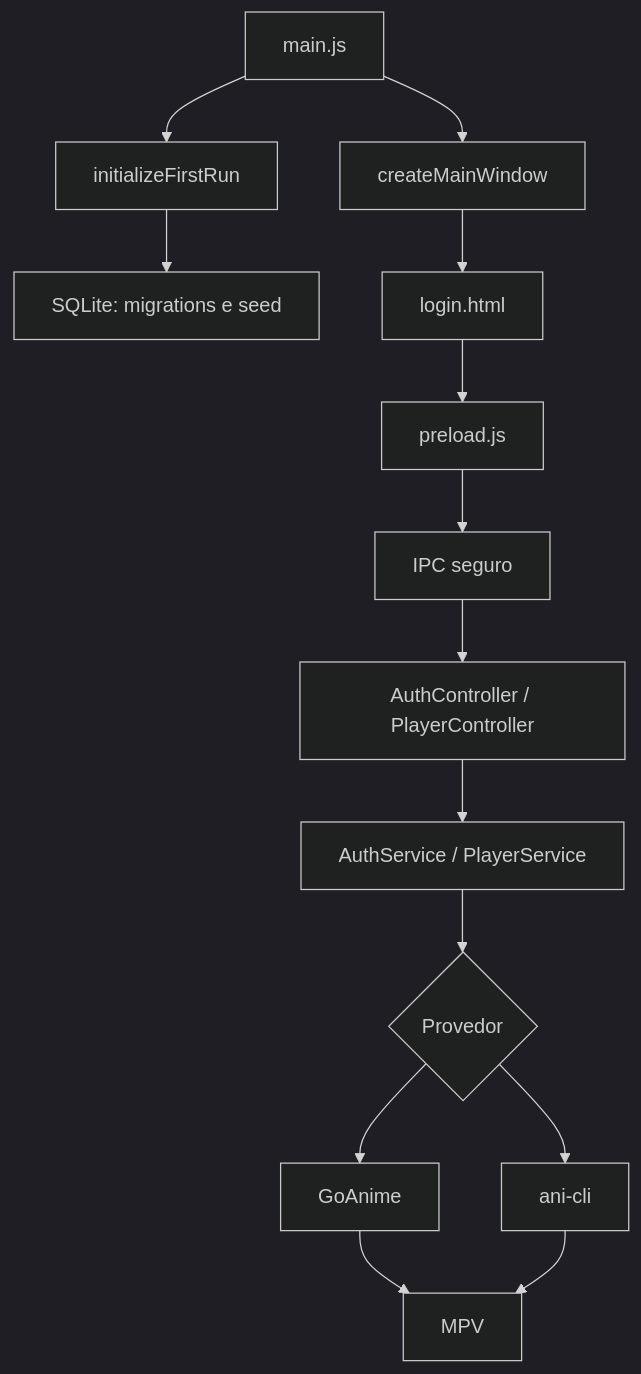
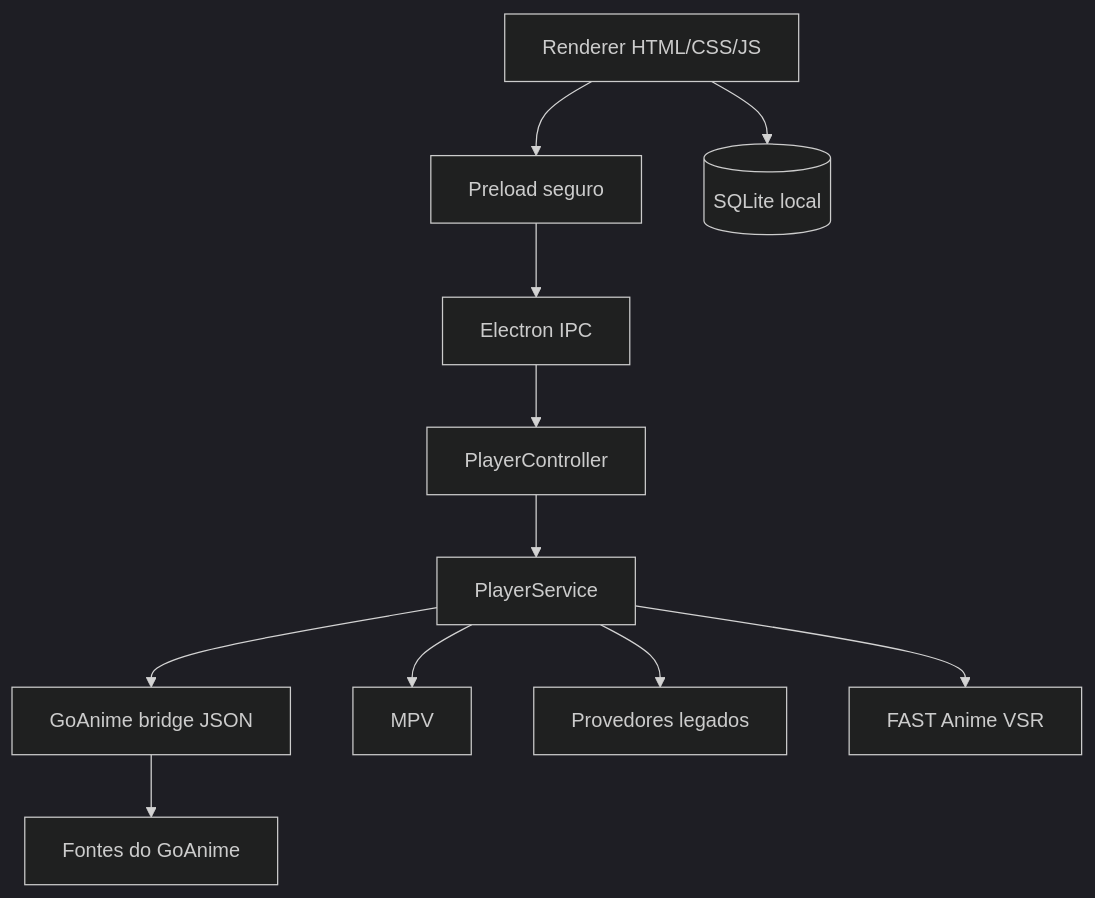
Before and after one commit to RaphaelTW/kitsuneDesk: the diagram in README.md, drawn with Mermaid (dark theme). The commit also changed other lines of this file and 21 other files, not shown here.

Commit message:
feat: adiciona seletor de provedores e corrige reprodução do GoAnime GUI

````diff
--- a/README.md
+++ b/README.md
@@ -77,16 +172,13 @@
 ```mermaid
 flowchart TD
-    A[main.js] --> B[initializeFirstRun]
-    B --> C[SQLite: migrations e seed]
-    A --> D[createMainWindow]
-    D --> E[login.html]
-    E --> F[preload.js]
-    F --> G[IPC seguro]
-    G --> H[AuthController / PlayerController]
-    H --> I[AuthService / PlayerService]
-    I --> J{Provedor}
-    J --> K[GoAnime]
-    J --> L[ani-cli]
-    K --> M[MPV]
-    L --> M[MPV]
+    UI[Renderer HTML/CSS/JS] --> PRELOAD[Preload seguro]
+    PRELOAD --> IPC[Electron IPC]
+    IPC --> CONTROLLER[PlayerController]
+    CONTROLLER --> SERVICE[PlayerService]
+    SERVICE --> BRIDGE[GoAnime bridge JSON]
+    BRIDGE --> SOURCES[Fontes do GoAnime]
+    SERVICE --> MPV[MPV]
+    SERVICE --> LEGACY[Provedores legados]
+    SERVICE --> TOOLS[FAST Anime VSR]
+    UI --> DB[(SQLite local)]
 ```
````
